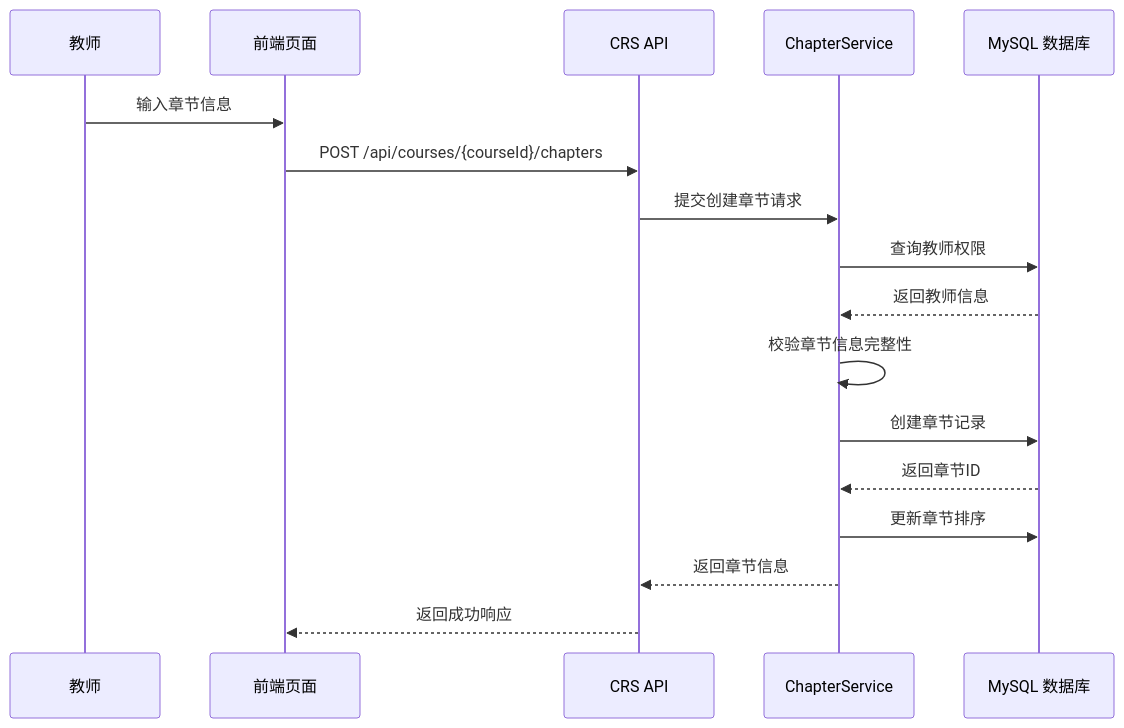
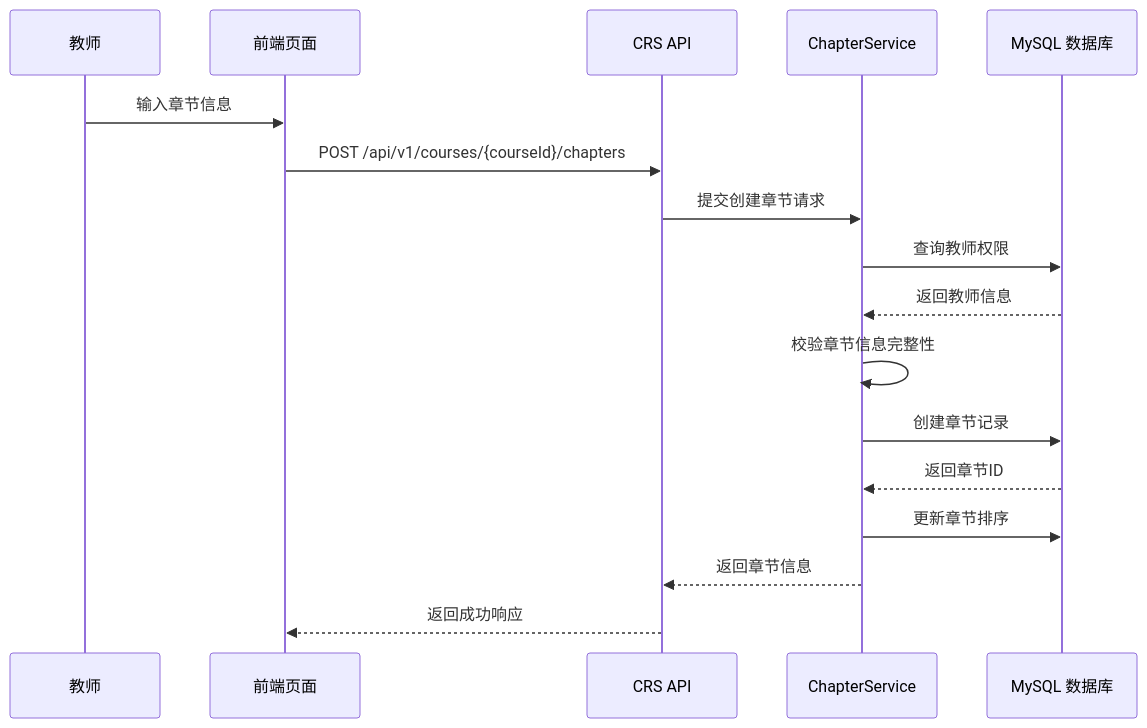
Before and after one commit to Cr4zyorange/OnlineJudge: diagram 11 of 47 in docs/最终提交/软件详细设计说明书.md, drawn with Mermaid. The commit also changed other lines of this file, not shown here.

````diff
--- a/docs/最终提交/软件详细设计说明书.md
+++ b/docs/最终提交/软件详细设计说明书.md
@@ -1127,19 +1128,19 @@
 ```mermaid
 sequenceDiagram
   participant T as 教师
   participant P as 前端页面
   participant A as CRS API
   participant ChS as ChapterService
   participant D as MySQL 数据库
   T->>P: 输入章节信息
-  P->>A: POST /api/courses/{courseId}/chapters
+  P->>A: POST /api/v1/courses/{courseId}/chapters
   A->>ChS: 提交创建章节请求
   ChS->>D: 查询教师权限
   D-->>ChS: 返回教师信息
   ChS->>ChS: 校验章节信息完整性
   ChS->>D: 创建章节记录
   D-->>ChS: 返回章节ID
   ChS->>D: 更新章节排序
   ChS-->>A: 返回章节信息
   A-->>P: 返回成功响应
 ```
````
